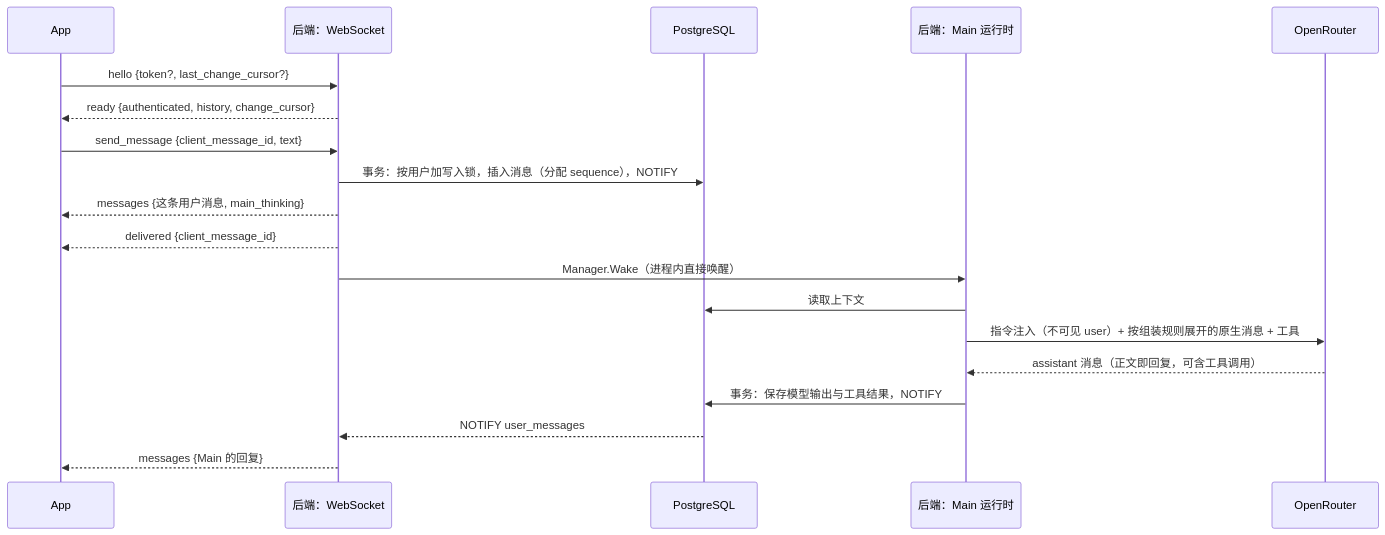
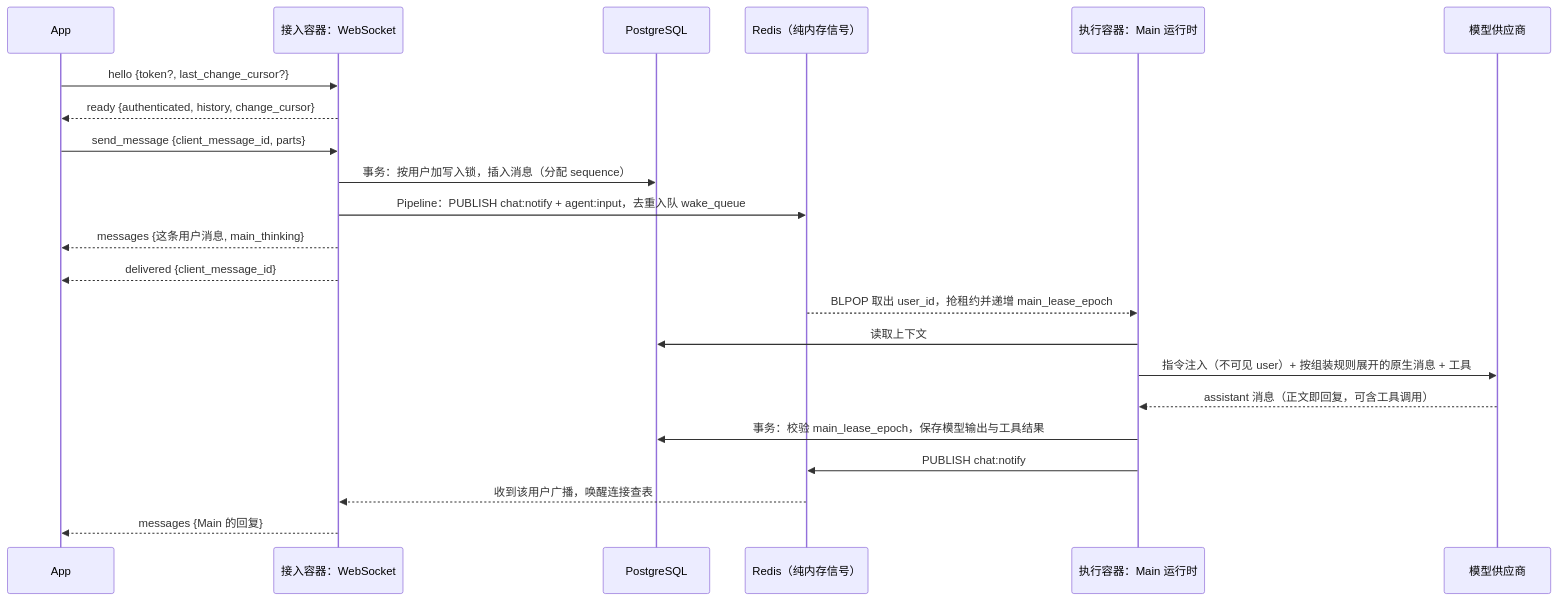
Before and after one commit to OmniNetOpensource/aether-personal: the diagram in docs/wiki/04-messaging.md, drawn with Mermaid. The commit also changed other lines of this file and 11 other files, not shown here.

````diff
--- a/docs/wiki/04-messaging.md
+++ b/docs/wiki/04-messaging.md
@@ -32,22 +32,25 @@
 ```mermaid
 sequenceDiagram
     participant App
-    participant WS as 后端：WebSocket
+    participant WS as 接入容器：WebSocket
     participant DB as PostgreSQL
-    participant Runner as 后端：Main 运行时
-    participant Model as OpenRouter
+    participant Redis as Redis（纯内存信号）
+    participant Runner as 执行容器：Main 运行时
+    participant Model as 模型供应商
 
     App->>WS: hello {token?, last_change_cursor?}
     WS-->>App: ready {authenticated, history, change_cursor}
-    App->>WS: send_message {client_message_id, text}
-    WS->>DB: 事务：按用户加写入锁，插入消息（分配 sequence），NOTIFY
+    App->>WS: send_message {client_message_id, parts}
+    WS->>DB: 事务：按用户加写入锁，插入消息（分配 sequence）
+    WS->>Redis: Pipeline：PUBLISH chat:notify + agent:input，去重入队 wake_queue
     WS-->>App: messages {这条用户消息, main_thinking}
     WS-->>App: delivered {client_message_id}
-    WS->>Runner: Manager.Wake（进程内直接唤醒）
+    Redis-->>Runner: BLPOP 取出 user_id，抢租约并递增 main_lease_epoch
     Runner->>DB: 读取上下文
     Runner->>Model: 指令注入（不可见 user）+ 按组装规则展开的原生消息 + 工具
     Model-->>Runner: assistant 消息（正文即回复，可含工具调用）
-    Runner->>DB: 事务：保存模型输出与工具结果，NOTIFY
-    DB-->>WS: NOTIFY user_messages
+    Runner->>DB: 事务：校验 main_lease_epoch，保存模型输出与工具结果
+    Runner->>Redis: PUBLISH chat:notify
+    Redis-->>WS: 收到该用户广播，唤醒连接查表
     WS-->>App: messages {Main 的回复}
 ```
````
